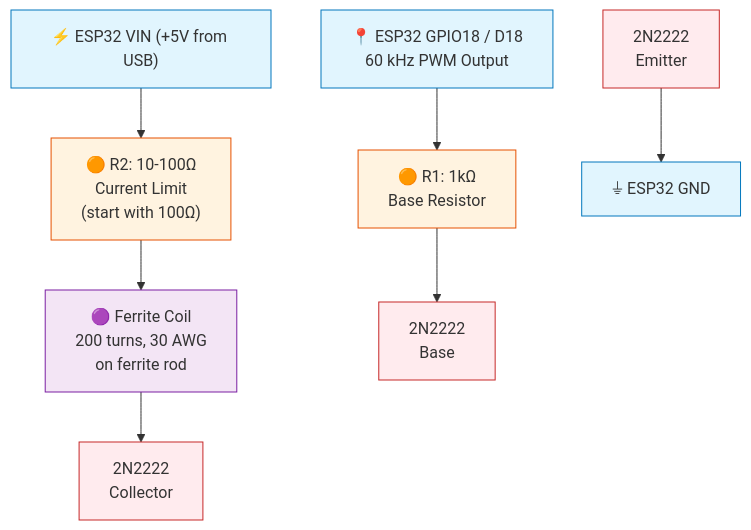
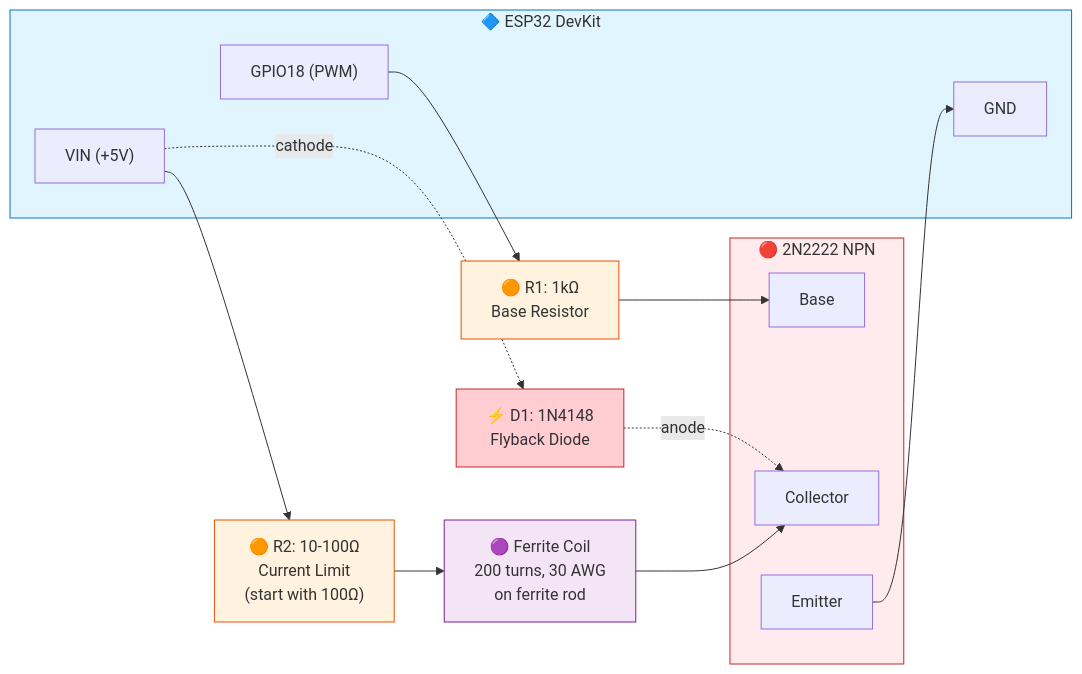
One commit to jayessdeesea/tesseract changed the third of 3 diagrams in specs/hardware_specs.md. Above: the diagram before and after it, drawn with Mermaid. The commit also changed other lines of this file and 20 other files, not shown here.

````diff
--- a/specs/hardware_specs.md
+++ b/specs/hardware_specs.md
@@ -151,21 +174,31 @@
 ```mermaid
-graph TD
-    VIN["⚡ ESP32 VIN (+5V from USB)"] --> R2["🟠 R2: 10-100Ω<br/>Current Limit<br/>(start with 100Ω)"]
+graph LR
+    subgraph ESP32["🔷 ESP32 DevKit"]
+        VIN["VIN (+5V)"]
+        GPIO18["GPIO18 (PWM)"]
+        GND["GND"]
+    end
+
+    subgraph Q1["🔴 2N2222 NPN"]
+        B["Base"]
+        Coll["Collector"]
+        E["Emitter"]
+    end
+
+    VIN --> R2["🟠 R2: 10-100Ω<br/>Current Limit<br/>(start with 100Ω)"]
     R2 --> COIL["🟣 Ferrite Coil<br/>200 turns, 30 AWG<br/>on ferrite rod"]
-    COIL --> C["2N2222<br/>Collector"]
-    
-    GPIO["📍 ESP32 GPIO18 / D18<br/>60 kHz PWM Output"] --> R1["🟠 R1: 1kΩ<br/>Base Resistor"]
-    R1 --> B["2N2222<br/>Base"]
-    
-    E["2N2222<br/>Emitter"] --> GND["⏚ ESP32 GND"]
+    COIL --> Coll
+    GPIO18 --> R1["🟠 R1: 1kΩ<br/>Base Resistor"]
+    R1 --> B
+    E --> GND
 
-    style VIN fill:#e1f5fe,stroke:#0277bd
-    style GPIO fill:#e1f5fe,stroke:#0277bd
-    style GND fill:#e1f5fe,stroke:#0277bd
+    VIN -.->|"cathode"| D1["⚡ D1: 1N4148<br/>Flyback Diode"]
+    D1 -.->|"anode"| Coll
+
+    style ESP32 fill:#e1f5fe,stroke:#0277bd
+    style Q1 fill:#ffebee,stroke:#c62828
     style R1 fill:#fff3e0,stroke:#e65100
     style R2 fill:#fff3e0,stroke:#e65100
     style COIL fill:#f3e5f5,stroke:#7b1fa2
-    style C fill:#ffebee,stroke:#c62828
-    style B fill:#ffebee,stroke:#c62828
-    style E fill:#ffebee,stroke:#c62828
+    style D1 fill:#ffcdd2,stroke:#c62828
 ```
````
